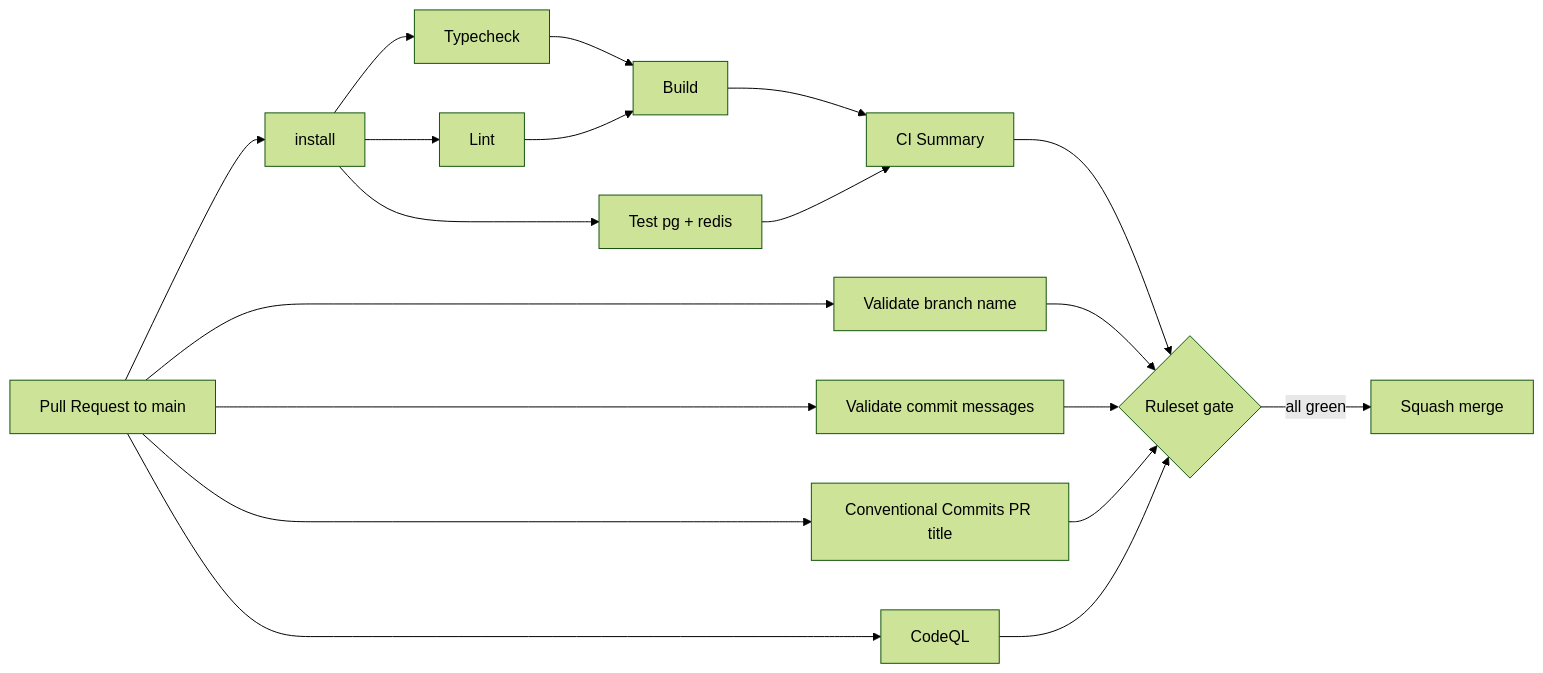
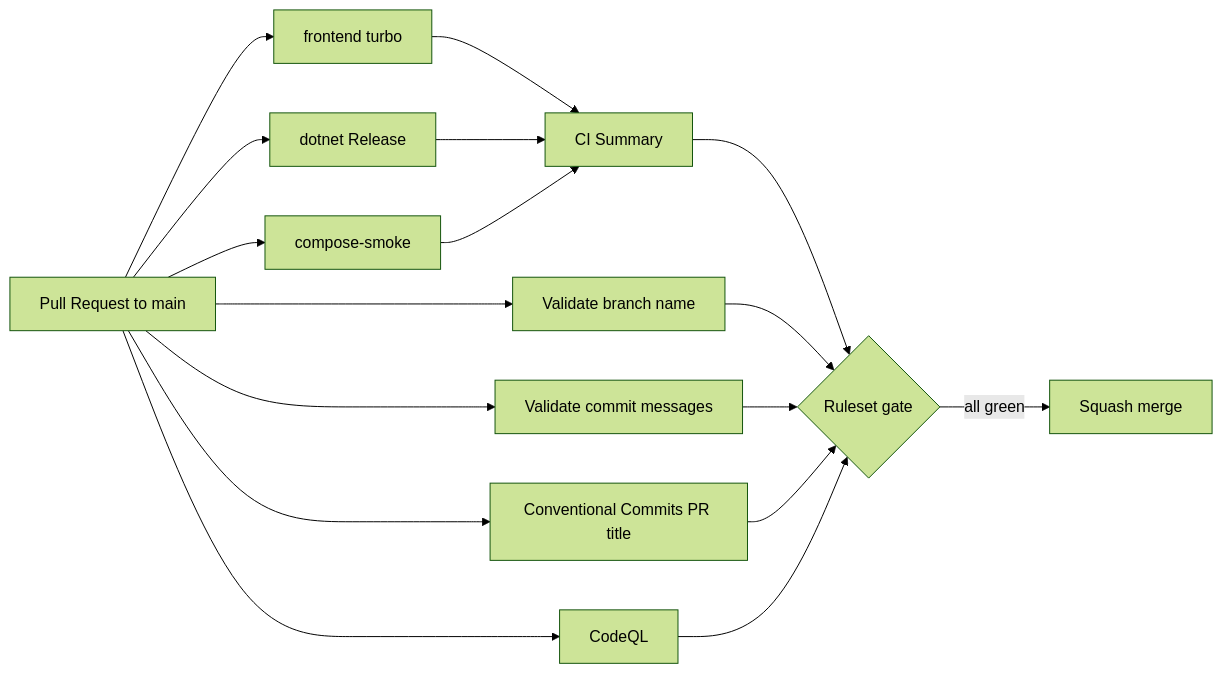
One commit to kevin-esq/binexus-platform changed the third of 3 diagrams in docs/architecture/dev-workflow.md. Above: the diagram before and after it, drawn with Mermaid (forest theme). The commit also changed other lines of this file and 593 other files, not shown here.

````diff
--- a/docs/architecture/dev-workflow.md
+++ b/docs/architecture/dev-workflow.md
@@ -76,21 +78,19 @@
 ```mermaid
 flowchart LR
-    PR[Pull Request to main] --> Inst[install]
-    Inst --> TC[Typecheck]
-    Inst --> LT[Lint]
-    TC --> BD[Build]
-    LT --> BD
-    Inst --> TS[Test pg + redis]
-    BD --> SUM[CI Summary]
-    TS --> SUM
+    PR[Pull Request to main] --> FE[frontend turbo]
+    PR --> BE[dotnet Release]
+    PR --> SM[compose-smoke]
+    FE --> SUM[CI Summary]
+    BE --> SUM
+    SM --> SUM
     PR --> VB[Validate branch name]
     PR --> VC[Validate commit messages]
     PR --> PT[Conventional Commits PR title]
     PR --> CQ[CodeQL]
     SUM --> GATE{Ruleset gate}
     VB --> GATE
     VC --> GATE
     PT --> GATE
     CQ --> GATE
     GATE -- all green --> Merge[Squash merge]
 ```
````
